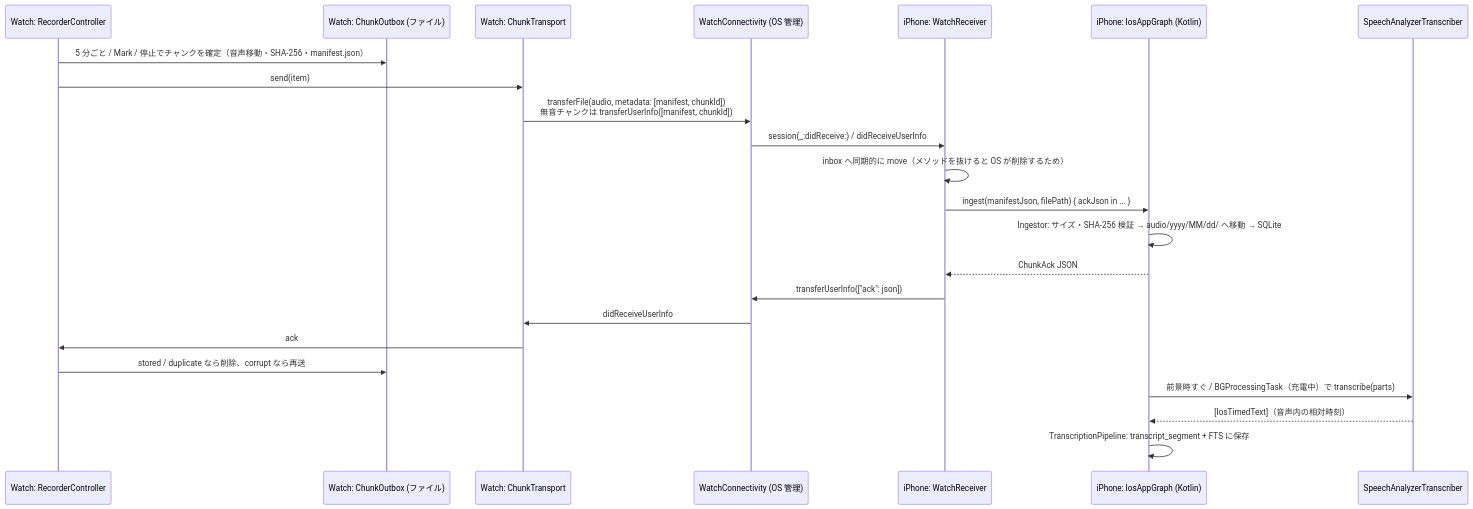
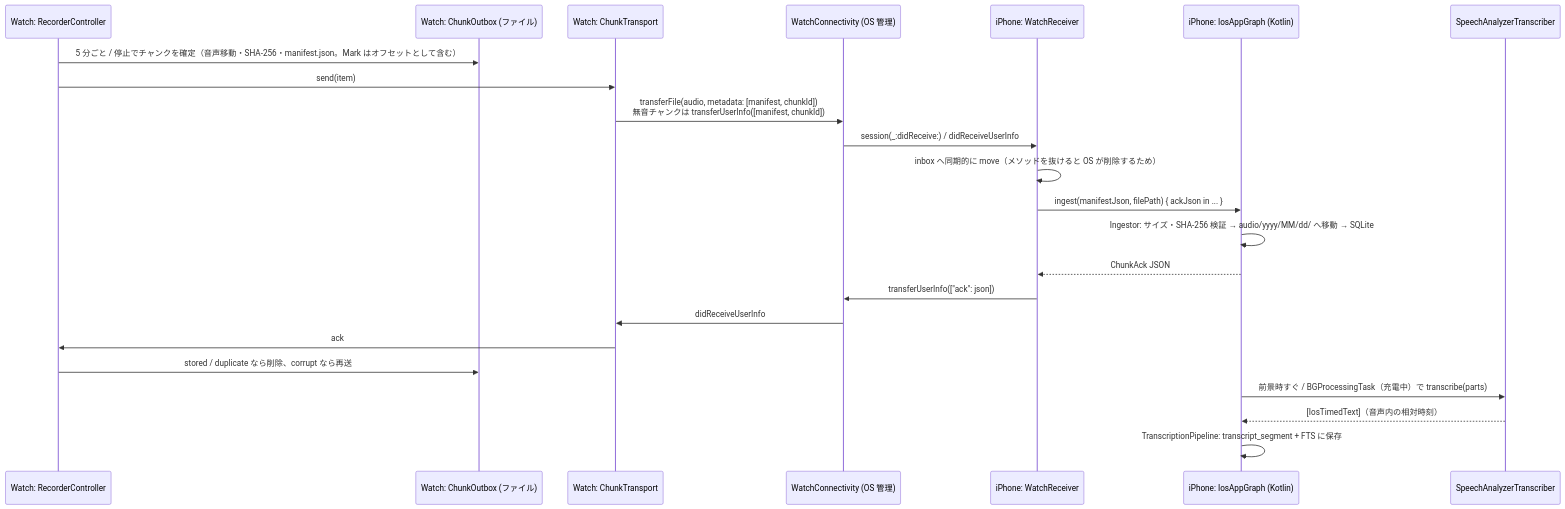
One commit to Soichiro5/watch-audio changed the diagram in docs/platforms/ios-watchos.md. Above: the diagram before and after it, drawn with Mermaid. The commit also changed other lines of this file and 2 other files, not shown here.

````diff
--- a/docs/platforms/ios-watchos.md
+++ b/docs/platforms/ios-watchos.md
@@ -42,26 +42,26 @@
 ```mermaid
 sequenceDiagram
   participant R as Watch: RecorderController
   participant O as Watch: ChunkOutbox (ファイル)
   participant T as Watch: ChunkTransport
   participant WC as WatchConnectivity (OS 管理)
   participant P as iPhone: WatchReceiver
   participant K as iPhone: IosAppGraph (Kotlin)
   participant S as SpeechAnalyzerTranscriber
 
-  R->>O: 5 分ごと / Mark / 停止でチャンクを確定（音声移動・SHA-256・manifest.json）
+  R->>O: 5 分ごと / 停止でチャンクを確定（音声移動・SHA-256・manifest.json。Mark はオフセットとして含む）
   R->>T: send(item)
   T->>WC: transferFile(audio, metadata: [manifest, chunkId])<br/>無音チャンクは transferUserInfo([manifest, chunkId])
   WC->>P: session(_:didReceive:) / didReceiveUserInfo
   P->>P: inbox へ同期的に move（メソッドを抜けると OS が削除するため）
   P->>K: ingest(manifestJson, filePath) { ackJson in ... }
   K->>K: Ingestor: サイズ・SHA-256 検証 → audio/yyyy/MM/dd/ へ移動 → SQLite
   K-->>P: ChunkAck JSON
   P->>WC: transferUserInfo(["ack": json])
   WC->>T: didReceiveUserInfo
   T->>R: ack
   R->>O: stored / duplicate なら削除、corrupt なら再送
   K->>S: 前景時すぐ / BGProcessingTask（充電中）で transcribe(parts)
   S-->>K: [IosTimedText]（音声内の相対時刻）
   K->>K: TranscriptionPipeline: transcript_segment + FTS に保存
 ```
````
